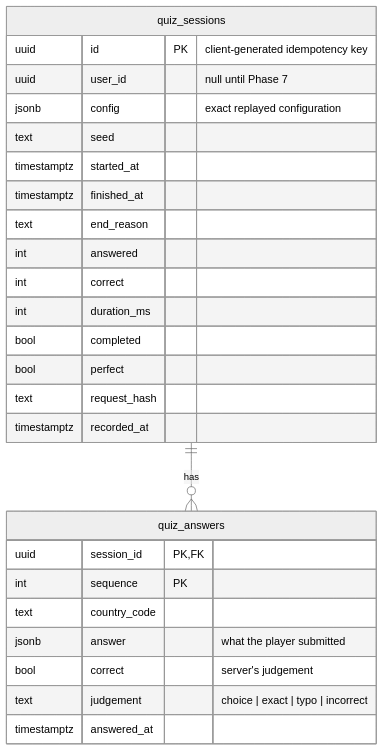
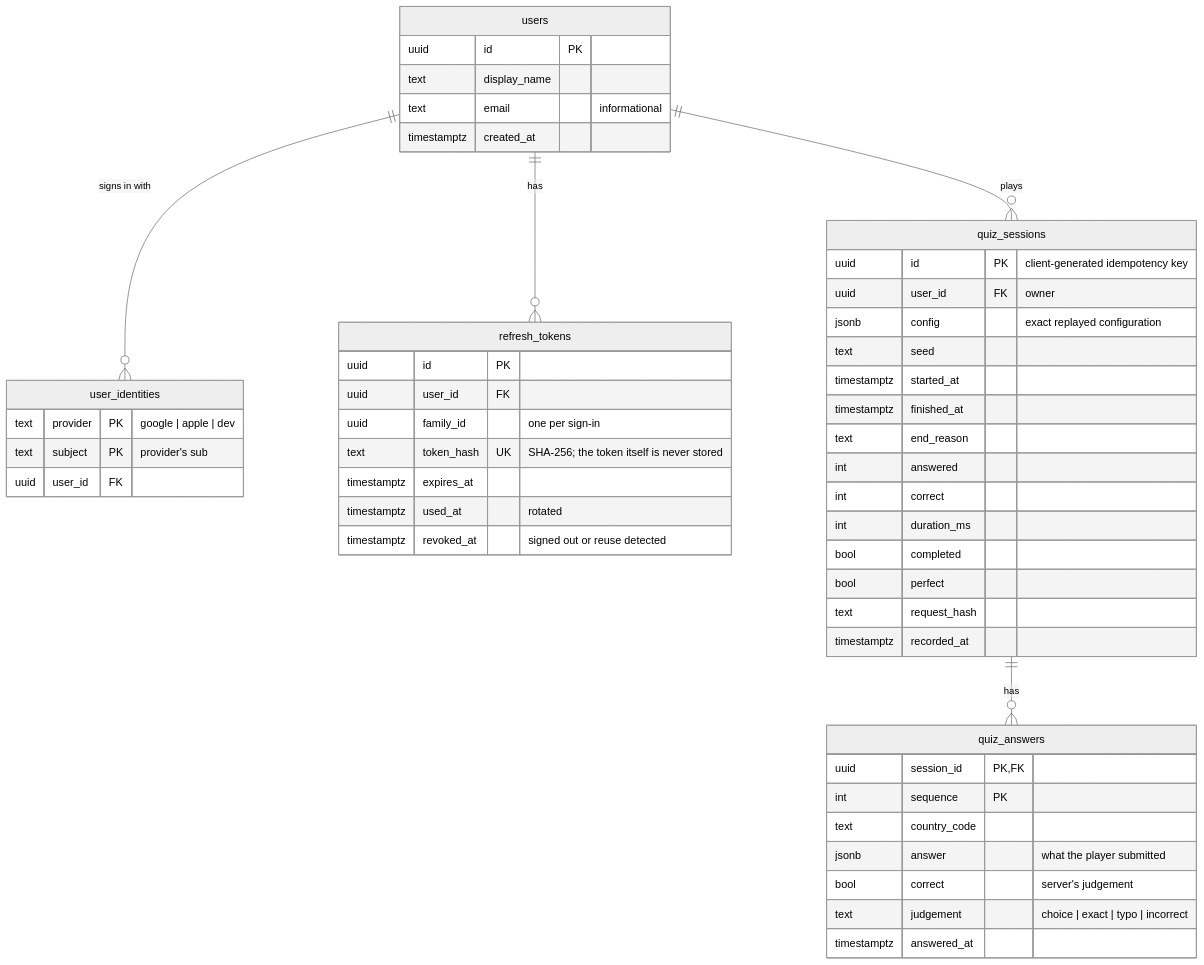
The third of 3 diagrams in docs/architecture/backend.md (vadimkosenkov/angular-ionic-nx-mf-world-quiz), drawn with Mermaid (neutral theme) before and after one commit. The commit also changed other lines of this file and 46 other files, not shown here.

First line of the commit message:
feat: sign-in on the API with Google and Apple ID tokens

````diff
--- a/docs/architecture/backend.md
+++ b/docs/architecture/backend.md
@@ -117,29 +179,52 @@
 ```mermaid
 erDiagram
+  users ||--o{ user_identities : "signs in with"
+  users ||--o{ refresh_tokens : has
+  users ||--o{ quiz_sessions : plays
   quiz_sessions ||--o{ quiz_answers : has
+  users {
+    uuid id PK
+    text display_name
+    text email "informational"
+    timestamptz created_at
+  }
+  user_identities {
+    text provider PK "google | apple | dev"
+    text subject PK "provider's sub"
+    uuid user_id FK
+  }
+  refresh_tokens {
+    uuid id PK
+    uuid user_id FK
+    uuid family_id "one per sign-in"
+    text token_hash UK "SHA-256; the token itself is never stored"
+    timestamptz expires_at
+    timestamptz used_at "rotated"
+    timestamptz revoked_at "signed out or reuse detected"
+  }
   quiz_sessions {
     uuid id PK "client-generated idempotency key"
-    uuid user_id "null until Phase 7"
+    uuid user_id FK "owner"
     jsonb config "exact replayed configuration"
     text seed
     timestamptz started_at
     timestamptz finished_at
     text end_reason
     int answered
     int correct
     int duration_ms
     bool completed
     bool perfect
     text request_hash
     timestamptz recorded_at
   }
   quiz_answers {
     uuid session_id PK, FK
     int sequence PK
     text country_code
     jsonb answer "what the player submitted"
     bool correct "server's judgement"
     text judgement "choice | exact | typo | incorrect"
     timestamptz answered_at
   }
 ```
````
